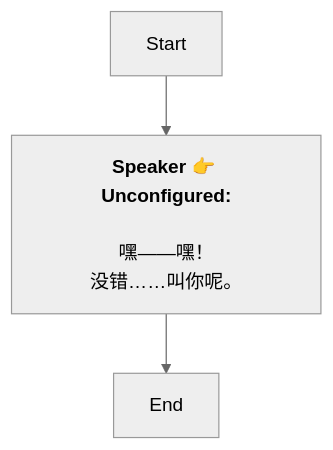
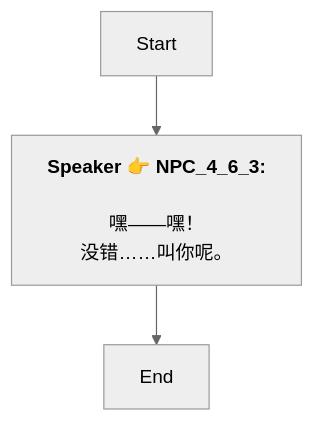
Before and after one commit to SoftHu/tos_avg: the diagram in Zh/Dialog_55252700764324.md, drawn with Mermaid (neutral theme). The commit also changed 737 other files, not shown here.

````diff
--- a/Zh/Dialog_55252700764324.md
+++ b/Zh/Dialog_55252700764324.md
@@ -1,9 +1,8 @@
 ```mermaid
 graph
-Start -->1768086451288959[<b>Speaker 👉 Unconfigured:</b>
-
-嘿——嘿！
+Start -->1768086451288959[<b>Speaker 👉 NPC_4_6_3:</b>
+\n嘿——嘿！
 没错……叫你呢。]
 1768086451288959 -->1768086445372286[End]
 
- ```
+```
````
